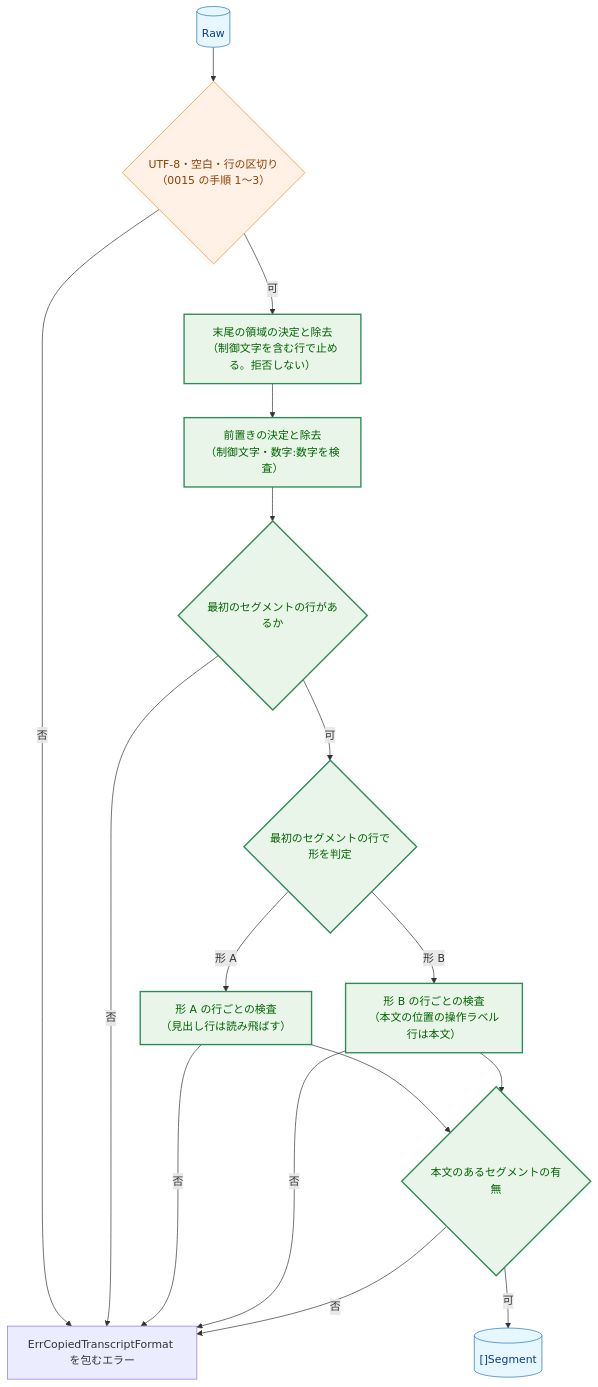
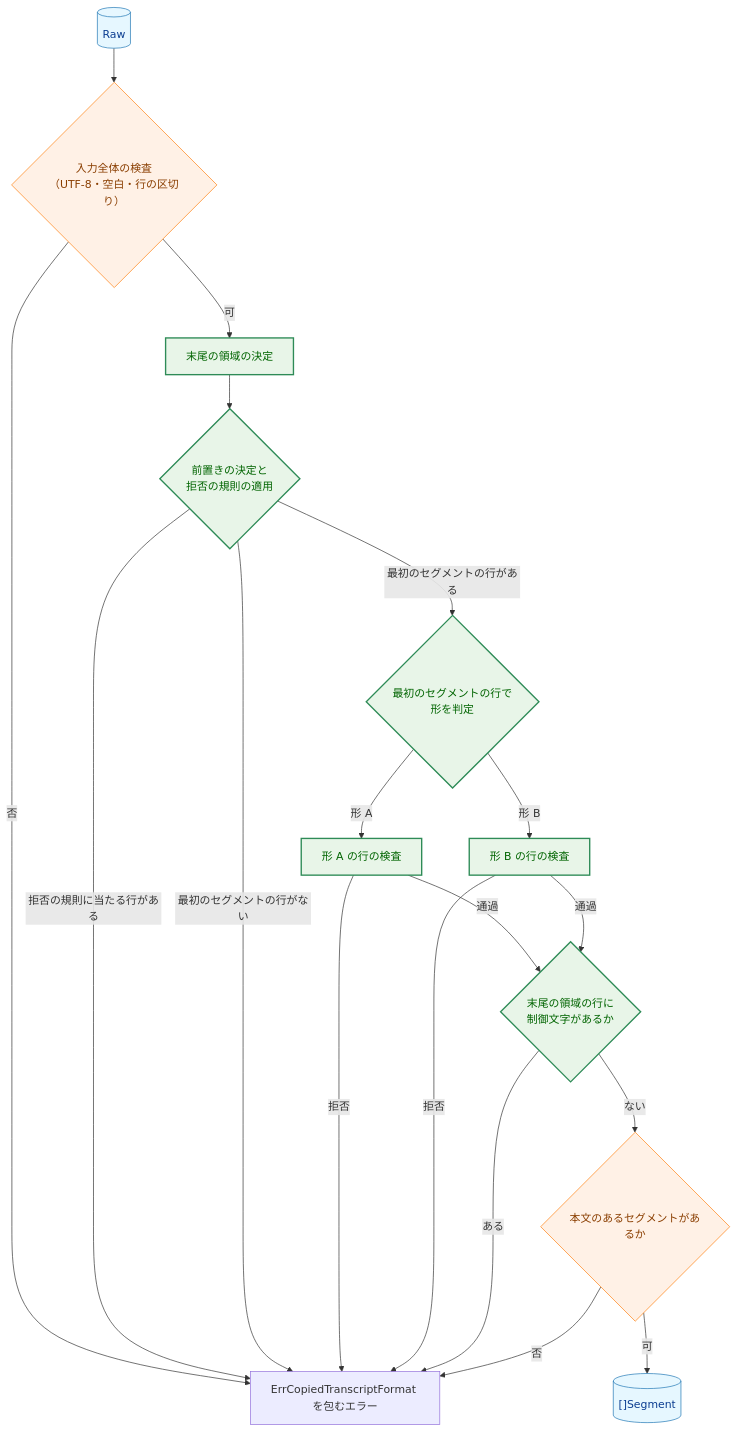
The tenth of 13 diagrams in docs/tasks/0024_copied_transcript_panel_lines/02_architecture.md (isseis/yt2column), drawn with Mermaid before and after one commit. The commit also changed other lines of this file and 1 other file, not shown here.

First line of the commit message:
docs(0024): add form B chapter headings to the requirements and redraft the architecture (#314)

````diff
--- a/docs/tasks/0024_copied_transcript_panel_lines/02_architecture.md
+++ b/docs/tasks/0024_copied_transcript_panel_lines/02_architecture.md
@@ -457,26 +593,28 @@
 ```mermaid
 flowchart TD
     classDef data fill:#e6f7ff,stroke:#1f77b4,stroke-width:1px,color:#0b3d91;
     classDef process fill:#fff1e6,stroke:#ff7f0e,stroke-width:1px,color:#8a3e00;
     classDef enhanced fill:#e8f5e8,stroke:#2e8b57,stroke-width:2px,color:#006400;
 
-    IN[("Raw")] --> C1{"UTF-8・空白・行の区切り<br>（0015 の手順 1〜3）"}
+    IN[("Raw")] --> C1{"入力全体の検査<br>（UTF-8・空白・行の区切り）"}
     C1 -->|"否"| EF["ErrCopiedTranscriptFormat を包むエラー"]
-    C1 -->|"可"| TRAIL["末尾の領域の決定と除去<br>（制御文字を含む行で止める。拒否しない）"]
-    TRAIL --> PREFIX["前置きの決定と除去<br>（制御文字・数字:数字を検査）"]
-    PREFIX --> HAS{"最初のセグメントの行があるか"}
-    HAS -->|"否"| EF
-    HAS -->|"可"| FORM{"最初のセグメントの行で<br>形を判定"}
-    FORM -->|"形 B"| B["形 B の行ごとの検査<br>（本文の位置の操作ラベル行は本文）"]
-    FORM -->|"形 A"| A["形 A の行ごとの検査<br>（見出し行は読み飛ばす）"]
-    A -->|"否"| EF
-    B -->|"否"| EF
-    A --> O{"本文のあるセグメントの有無"}
-    B --> O
+    C1 -->|"可"| TRAIL["末尾の領域の決定"]
+    TRAIL --> PREFIX{"前置きの決定と<br>拒否の規則の適用"}
+    PREFIX -->|"拒否の規則に当たる行がある"| EF
+    PREFIX -->|"最初のセグメントの行がない"| EF
+    PREFIX -->|"最初のセグメントの行がある"| FORM{"最初のセグメントの行で<br>形を判定"}
+    FORM -->|"形 A"| A["形 A の行の検査"]
+    FORM -->|"形 B"| B["形 B の行の検査"]
+    A -->|"拒否"| EF
+    B -->|"拒否"| EF
+    A -->|"通過"| TCTRL{"末尾の領域の行に<br>制御文字があるか"}
+    B -->|"通過"| TCTRL
+    TCTRL -->|"ある"| EF
+    TCTRL -->|"ない"| O{"本文のあるセグメントがあるか"}
     O -->|"否"| EF
     O -->|"可"| SEGS[("[]Segment")]
 
     class IN,SEGS data
-    class C1 process
-    class TRAIL,PREFIX,FORM,A,B,O,HAS enhanced
+    class C1,O process
+    class TRAIL,PREFIX,FORM,A,B,TCTRL enhanced
 ```
````
